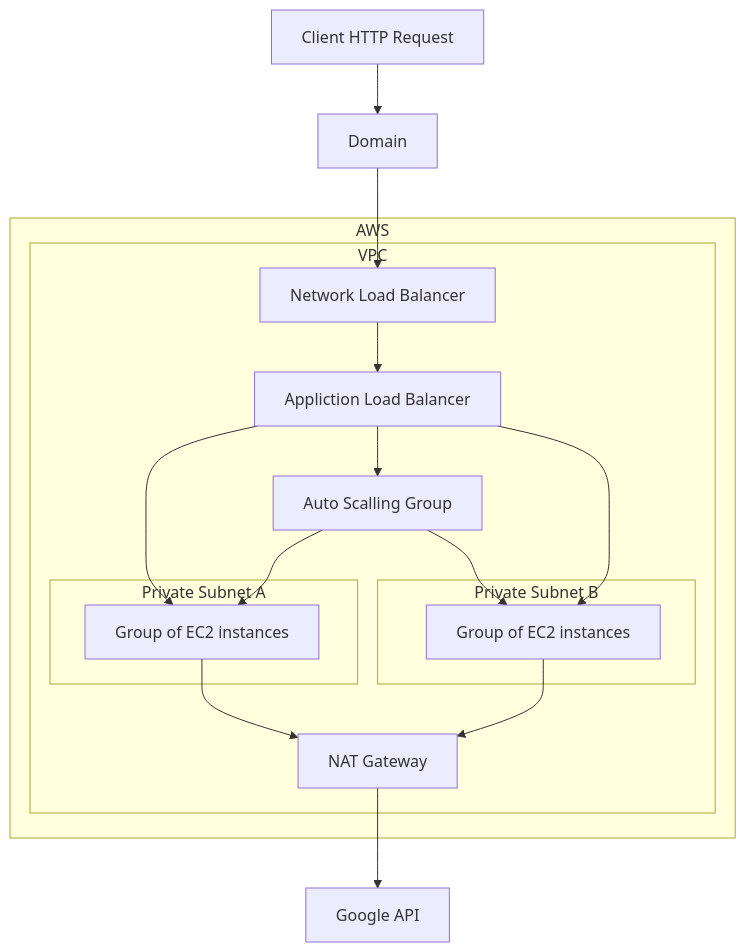
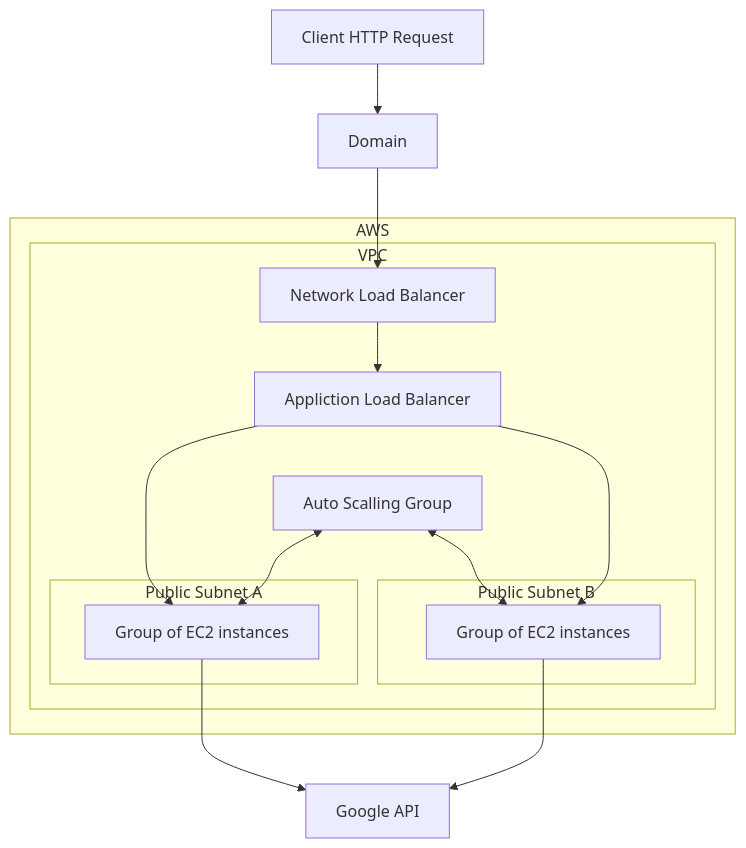
The third of 3 diagrams in README.md (omer-priel/madabclick), drawn with Mermaid before and after one commit. The commit also changed other lines of this file and 14 other files, not shown here.

````diff
--- a/README.md
+++ b/README.md
@@ -62,32 +62,28 @@
 ```mermaid
 flowchart TB
   ClientRequest[Client HTTP Request] --> Domain --> NLB
   subgraph AWS
     subgraph VPC
       NLB[Network Load Balancer]
       ALB[Appliction Load Balancer]
       ASG[Auto Scalling Group]
-      NG[NAT Gateway]
 
-      NLB --> ALB --> ASG
+      NLB --> ALB
 
-      ALB --> EC2A
-      ASG --> EC2A
+      ALB ---> EC2A
+      ASG <--> EC2A
             
-      ASG --> EC2B
-      ALB --> EC2B
+      ASG <--> EC2B
+      ALB ---> EC2B
       
-      subgraph Private Subnet A
+      subgraph Public Subnet A
         EC2A[Group of EC2 instances]
       end
-      subgraph Private Subnet B
+      subgraph Public Subnet B
         EC2B[Group of EC2 instances]
       end
-
-      EC2A --> NG
-      EC2B --> NG
     end
   end
 
-  NG --> GoogleAPI[Google API]
+  EC2A & EC2B --> GoogleAPI[Google API]
 ```
````
